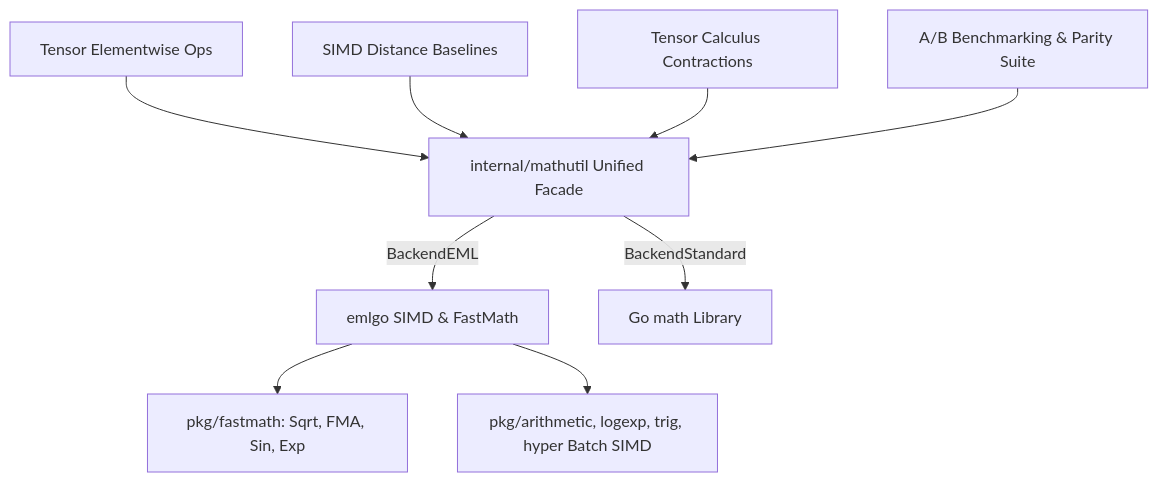
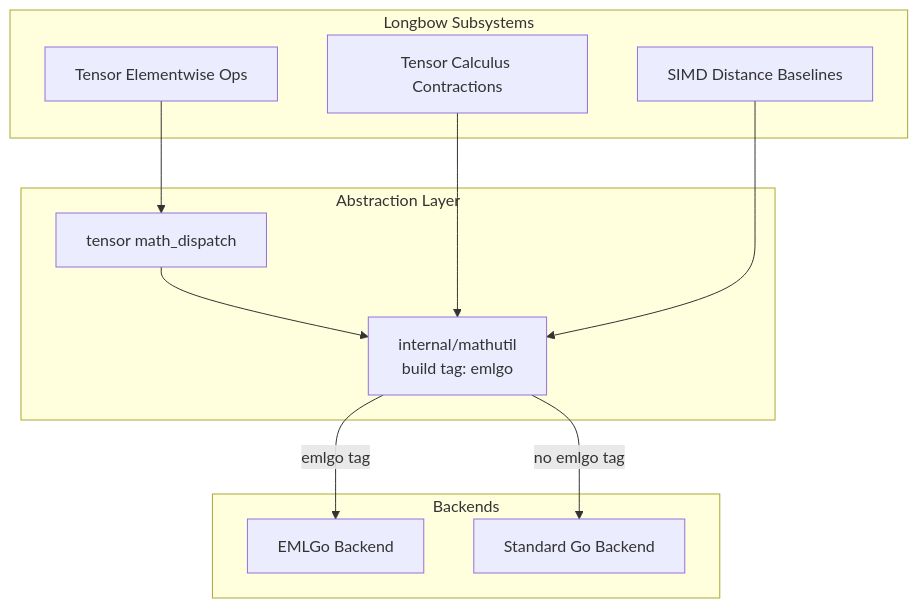
One commit to 23skdu/longbow changed the third of 3 diagrams in docs/roadmap.md. Above: the diagram before and after it, drawn with Mermaid. The commit also changed other lines of this file and 35 other files, not shown here.

````diff
--- a/docs/roadmap.md
+++ b/docs/roadmap.md
@@ -83,14 +52,26 @@
 ```mermaid
 graph TD
-    TensorOps[Tensor Elementwise Ops] --> MathUtil[internal/mathutil Unified Facade]
-    DistanceOps[SIMD Distance Baselines] --> MathUtil
-    CalculusOps[Tensor Calculus Contractions] --> MathUtil
+    subgraph Longbow Subsystems
+        TensorOps[Tensor Elementwise Ops]
+        TensorCalculus[Tensor Calculus Contractions]
+        SIMDBaseline[SIMD Distance Baselines]
+    end
 
-    MathUtil -->|BackendEML| EMLGo[emlgo SIMD & FastMath]
-    MathUtil -->|BackendStandard| StdMath[Go math Library]
+    subgraph Abstraction Layer
+        MathUtil["internal/mathutil<br/>build tag: emlgo"]
+        TensorDispatch["tensor math_dispatch"]
+    end
 
-    EMLGo --> FastMath[pkg/fastmath: Sqrt, FMA, Sin, Exp]
-    EMLGo --> BatchSIMD[pkg/arithmetic, logexp, trig, hyper Batch SIMD]
-    
-    TestHarness[A/B Benchmarking & Parity Suite] --> MathUtil
+    subgraph Backends
+        EMLGoBackend[EMLGo Backend]
+        StdLibBackend[Standard Go Backend]
+    end
+
+    TensorOps --> TensorDispatch
+    TensorDispatch --> MathUtil
+    TensorCalculus --> MathUtil
+    SIMDBaseline --> MathUtil
+
+    MathUtil -->|emlgo tag| EMLGoBackend
+    MathUtil -->|no emlgo tag| StdLibBackend
 ```
````
